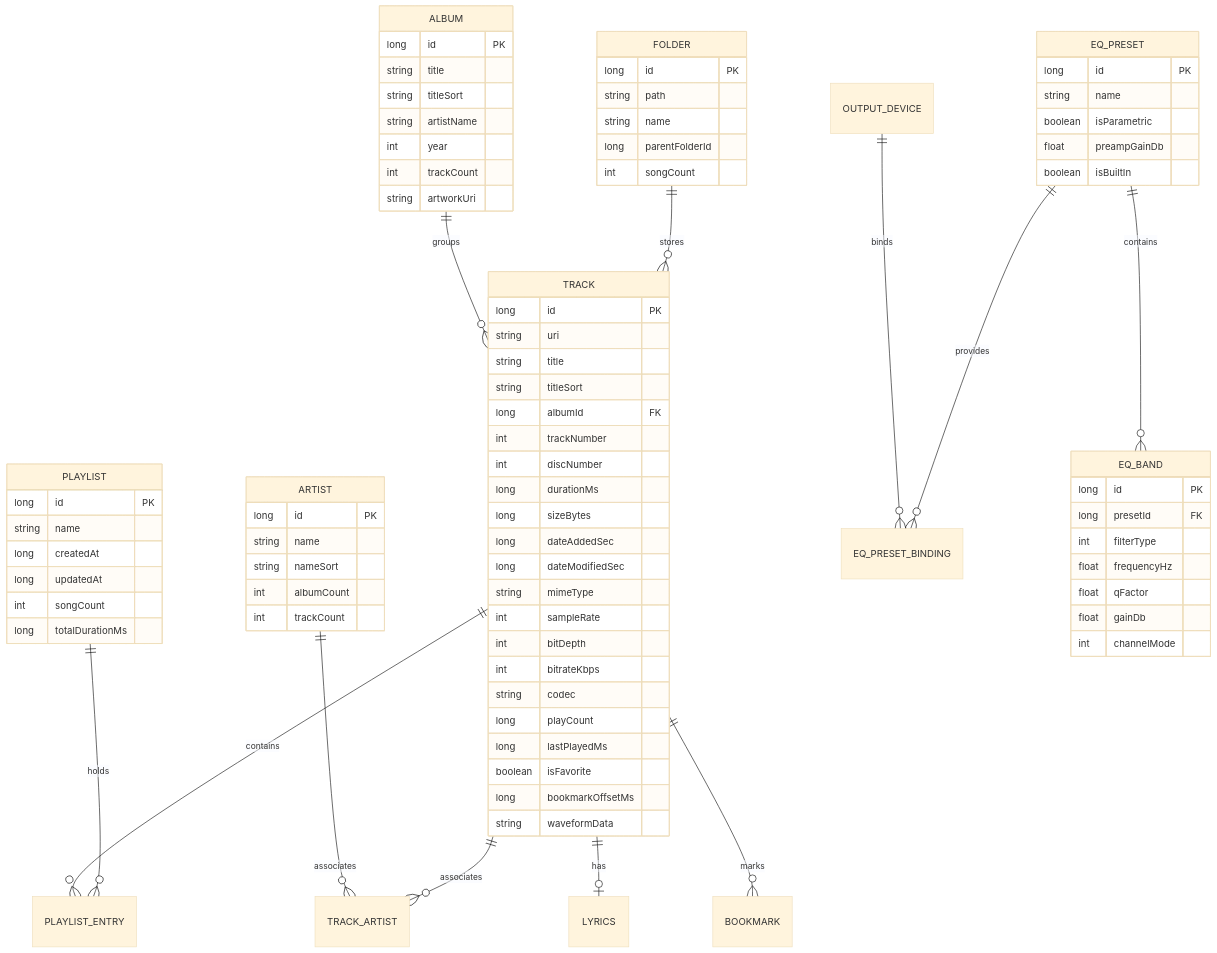
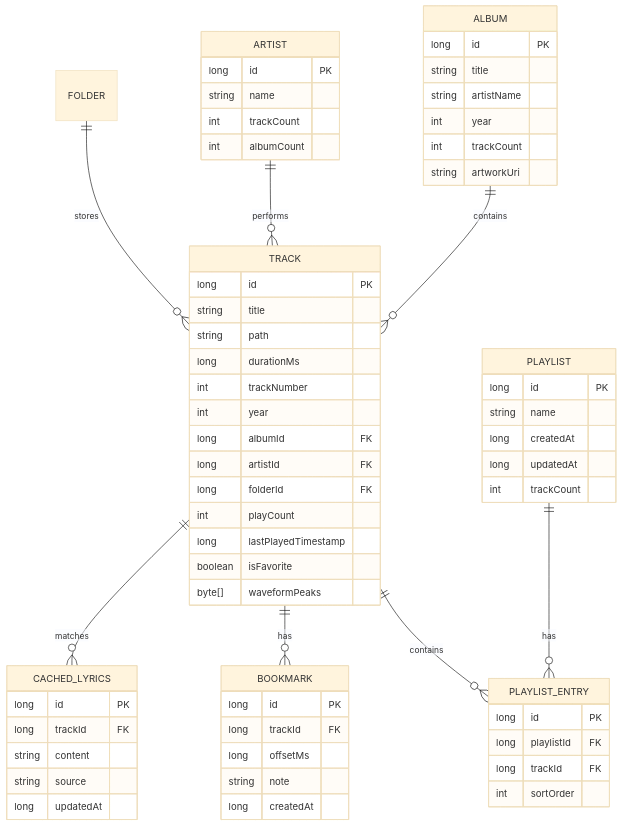
One commit to mefahim/MIORA changed the third of 3 diagrams in research/10-INDEPENDENT-ARCHITECTURE.md. Above: the diagram before and after it, drawn with Mermaid (base theme). The commit also changed other lines of this file and 12 other files, not shown here.

````diff
--- a/research/10-INDEPENDENT-ARCHITECTURE.md
+++ b/research/10-INDEPENDENT-ARCHITECTURE.md
@@ -122,45 +172,32 @@
 ```mermaid
 erDiagram
-    TRACK ||--o{ PLAYLIST_ENTRY : contains
-    PLAYLIST ||--o{ PLAYLIST_ENTRY : holds
-    ALBUM ||--o{ TRACK : groups
-    ARTIST ||--o{ TRACK_ARTIST : associates
-    TRACK ||--o{ TRACK_ARTIST : associates
-    FOLDER ||--o{ TRACK : stores
-    TRACK ||--o| LYRICS : has
-    TRACK ||--o{ BOOKMARK : marks
-    OUTPUT_DEVICE ||--o{ EQ_PRESET_BINDING : binds
-    EQ_PRESET ||--o{ EQ_PRESET_BINDING : provides
-    EQ_PRESET ||--o{ EQ_BAND : contains
+    TRACK ||--o{ PLAYLIST_ENTRY : "contains"
+    PLAYLIST ||--o{ PLAYLIST_ENTRY : "has"
+    ALBUM ||--o{ TRACK : "contains"
+    ARTIST ||--o{ TRACK : "performs"
+    FOLDER ||--o{ TRACK : "stores"
+    TRACK ||--o{ BOOKMARK : "has"
+    TRACK ||--o{ CACHED_LYRICS : "matches"
 
     TRACK {
         long id PK
-        string uri
         string title
-        string titleSort
+        string path
+        long durationMs
+        int trackNumber
+        int year
         long albumId FK
-        int trackNumber
-        int discNumber
-        long durationMs
-        long sizeBytes
-        long dateAddedSec
-        long dateModifiedSec
-        string mimeType
-        int sampleRate
-        int bitDepth
-        int bitrateKbps
-        string codec
-        long playCount
-        long lastPlayedMs
+        long artistId FK
+        long folderId FK
+        int playCount
+        long lastPlayedTimestamp
         boolean isFavorite
-        long bookmarkOffsetMs
-        string waveformData
+        byte[] waveformPeaks
     }
 
     ALBUM {
         long id PK
         string title
-        string titleSort
         string artistName
         int year
         int trackCount
@@ -170,17 +207,8 @@
     ARTIST {
         long id PK
         string name
-        string nameSort
+        int trackCount
         int albumCount
-        int trackCount
-    }
-
-    FOLDER {
-        long id PK
-        string path
-        string name
-        long parentFolderId
-        int songCount
     }
 
     PLAYLIST {
@@ -188,25 +216,29 @@
         string name
         long createdAt
         long updatedAt
-        int songCount
-        long totalDurationMs
+        int trackCount
     }
 
-    EQ_PRESET {
+    PLAYLIST_ENTRY {
         long id PK
-        string name
-        boolean isParametric
-        float preampGainDb
-        boolean isBuiltIn
+        long playlistId FK
+        long trackId FK
+        int sortOrder
     }
 
-    EQ_BAND {
+    BOOKMARK {
         long id PK
-        long presetId FK
-        int filterType
-        float frequencyHz
-        float qFactor
-        float gainDb
-        int channelMode
+        long trackId FK
+        long offsetMs
+        string note
+        long createdAt
+    }
+
+    CACHED_LYRICS {
+        long id PK
+        long trackId FK
+        string content
+        string source
+        long updatedAt
     }
 ```
````
